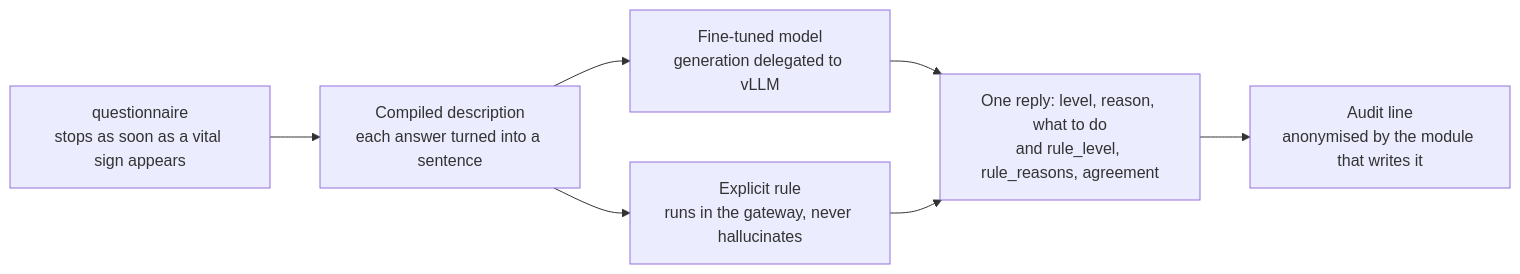
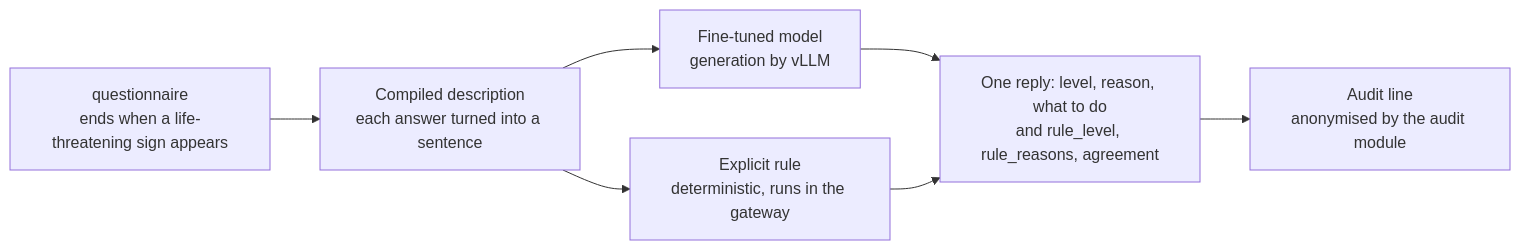
The diagram in README.md (BenoitJT-GIRARD/clinical-triage-llm), drawn with Mermaid before and after one commit. The commit also changed other lines of this file and 7 other files, not shown here.

````diff
--- a/README.md
+++ b/README.md
@@ -70,9 +79,9 @@
 ```mermaid
 flowchart LR
-    Q["questionnaire<br/>stops as soon as a vital sign appears"] --> DESC["Compiled description<br/>each answer turned into a sentence"]
-    DESC --> MODEL["Fine-tuned model<br/>generation delegated to vLLM"]
-    DESC --> RULE["Explicit rule<br/>runs in the gateway, never hallucinates"]
+    Q["questionnaire<br/>ends when a life-threatening sign appears"] --> DESC["Compiled description<br/>each answer turned into a sentence"]
+    DESC --> MODEL["Fine-tuned model<br/>generation by vLLM"]
+    DESC --> RULE["Explicit rule<br/>deterministic, runs in the gateway"]
     MODEL --> REPLY["One reply: level, reason, what to do<br/>and rule_level, rule_reasons, agreement"]
     RULE --> REPLY
-    REPLY --> LOG["Audit line<br/>anonymised by the module that writes it"]
+    REPLY --> LOG["Audit line<br/>anonymised by the audit module"]
 ```
````
